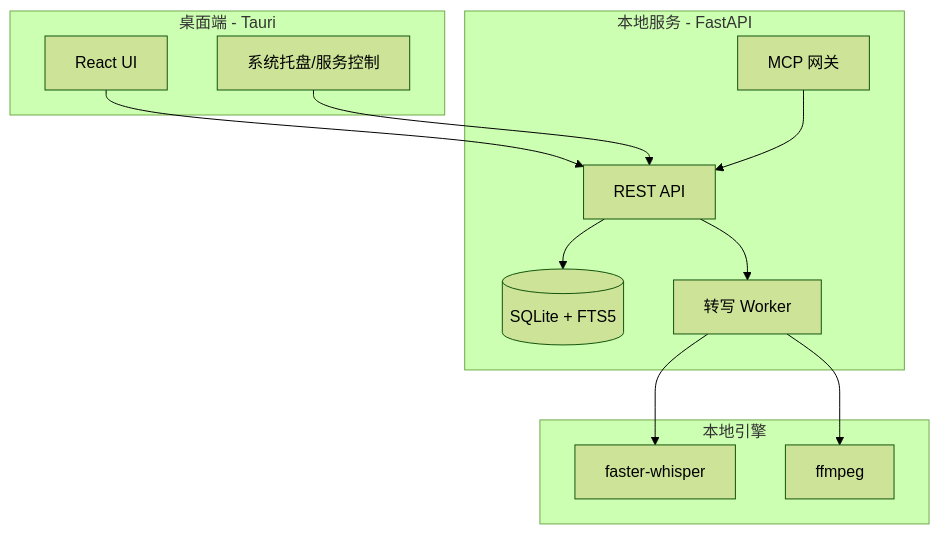
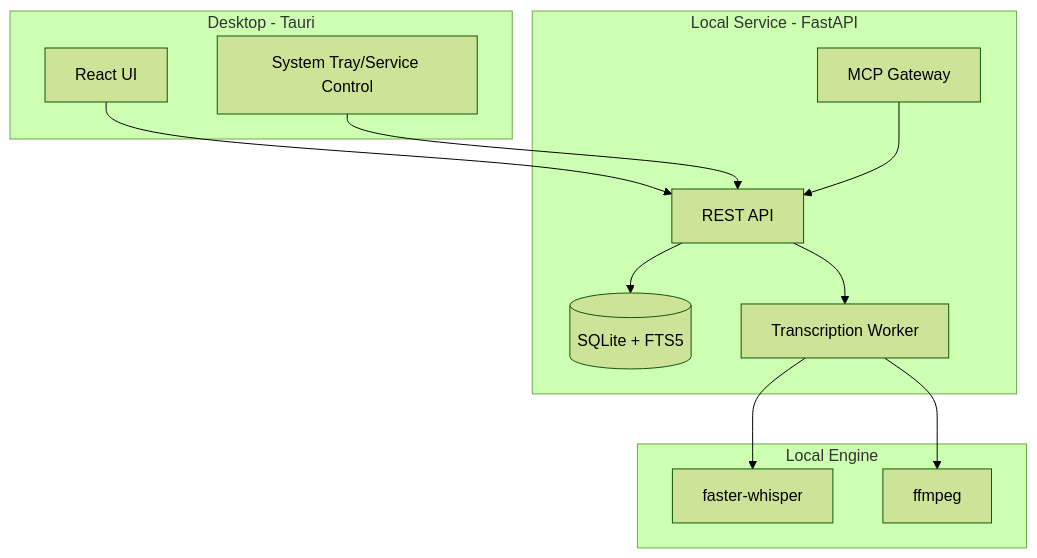
One commit to dishangyijiao-labs/echotrace changed the diagram in docs/ARCHITECTURE.md. Above: the diagram before and after it, drawn with Mermaid (forest theme). The commit also changed other lines of this file and 10 other files, not shown here.

````diff
--- a/docs/ARCHITECTURE.md
+++ b/docs/ARCHITECTURE.md
@@ -16,27 +16,27 @@
 ```mermaid
 graph TB
-  subgraph Desktop[桌面端 - Tauri]
+  subgraph Desktop[Desktop - Tauri]
     UI[React UI]
-    Tray[系统托盘/服务控制]
+    Tray[System Tray/Service Control]
   end
 
-  subgraph Core[本地服务 - FastAPI]
+  subgraph Core[Local Service - FastAPI]
     API[REST API]
     DB[(SQLite + FTS5)]
-    Worker[转写 Worker]
-    MCP[MCP 网关]
+    Worker[Transcription Worker]
+    MCP[MCP Gateway]
   end
 
-  subgraph Engine[本地引擎]
+  subgraph Engine[Local Engine]
     Whisper[faster-whisper]
     FFmpeg[ffmpeg]
   end
 
   UI --> API
   Tray --> API
   API --> DB
   API --> Worker
   Worker --> Whisper
   Worker --> FFmpeg
   MCP --> API
 ```
````
